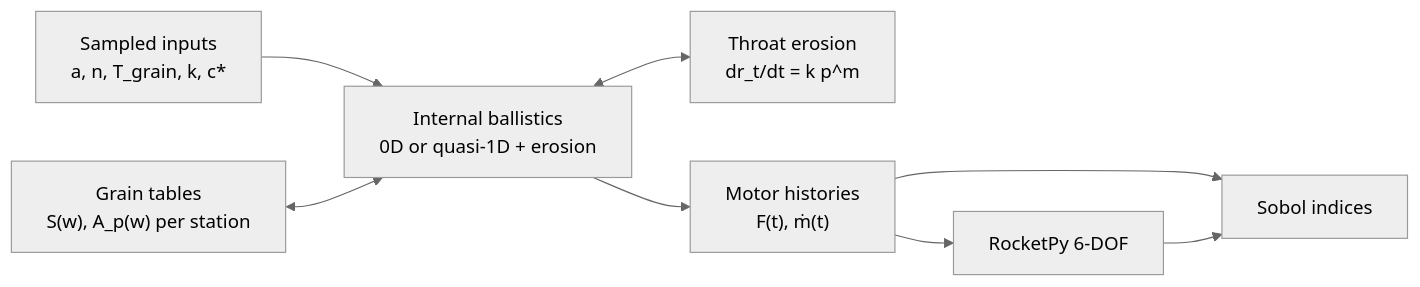
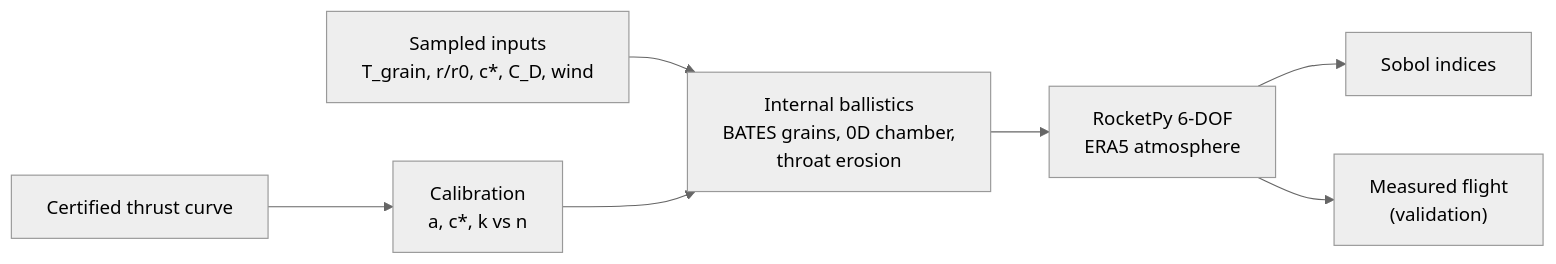
Before and after one commit to adamcw169/SRM-motor-to-flight: the diagram in README.md, drawn with Mermaid (neutral theme). The commit also changed other lines of this file and 29 other files, not shown here.

First line of the commit message:
Validate motor-to-flight chain on the NDRT 2020 flight

````diff
--- a/README.md
+++ b/README.md
@@ -22,10 +20,9 @@
 ```mermaid
 flowchart LR
-    U["Sampled inputs<br/>a, n, T_grain, k, c*"] --> B
-    G["Grain tables<br/>S(w), A_p(w) per station"] <--> B["Internal ballistics<br/>0D or quasi-1D + erosion"]
-    B <--> N["Throat erosion<br/>dr_t/dt = k p^m"]
-    B --> M["Motor histories<br/>F(t), ṁ(t)"]
-    M --> F["RocketPy 6-DOF"]
-    M --> S["Sobol indices"]
-    F --> S
+    C["Certified thrust curve"] --> K["Calibration<br/>a, c*, k vs n"]
+    U["Sampled inputs<br/>T_grain, r/r0, c*, C_D, wind"] --> B
+    K --> B["Internal ballistics<br/>BATES grains, 0D chamber,<br/>throat erosion"]
+    B --> F["RocketPy 6-DOF<br/>ERA5 atmosphere"]
+    F --> S["Sobol indices"]
+    F --> V["Measured flight<br/>(validation)"]
 ```
````
